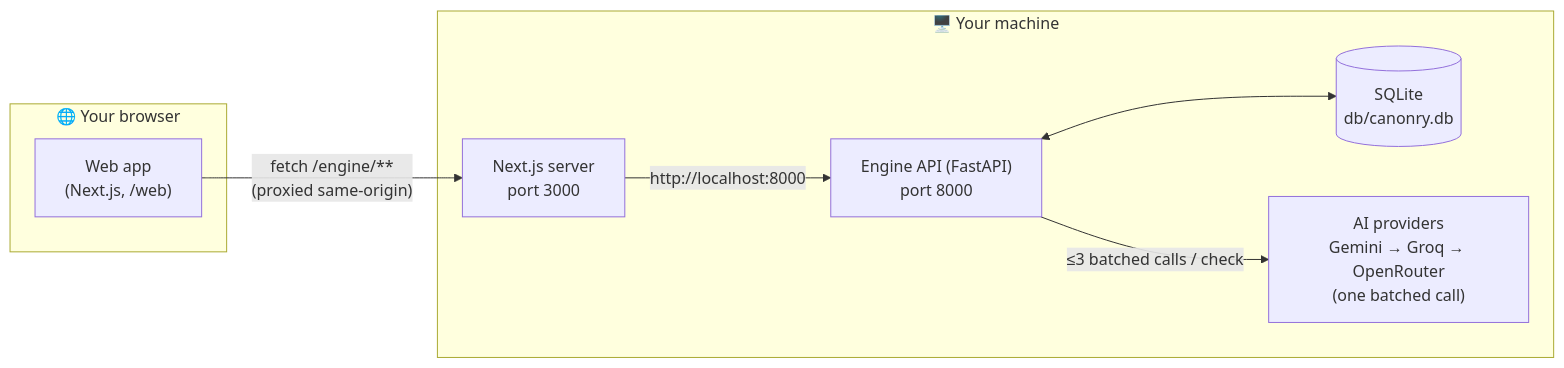
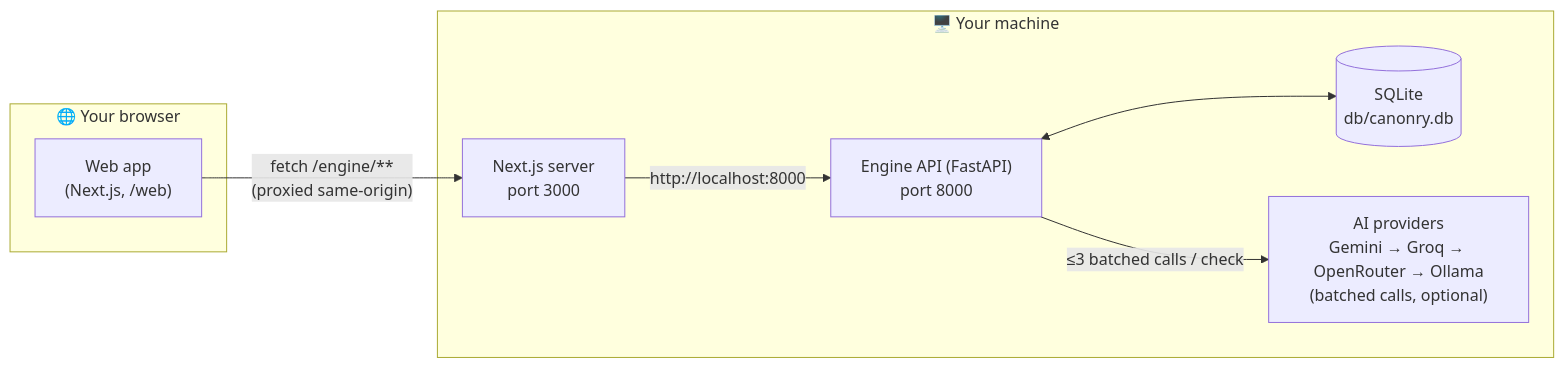
One commit to Dhruv-Puri/Canonry changed the first of 6 diagrams in docs/architecture.md. Above: the diagram before and after it, drawn with Mermaid. The commit also changed other lines of this file and 70 other files, not shown here.

````diff
--- a/docs/architecture.md
+++ b/docs/architecture.md
@@ -13,16 +13,16 @@
 ```mermaid
 flowchart LR
     subgraph Browser["🌐 Your browser"]
         UI["Web app\n(Next.js, /web)"]
     end
     subgraph Server["🖥️  Your machine"]
         WEB["Next.js server\nport 3000"]
         ENG["Engine API (FastAPI)\nport 8000"]
         DB[("SQLite\ndb/canonry.db")]
-        LLM["AI providers\nGemini → Groq → OpenRouter\n(one batched call)"]
+        LLM["AI providers\nGemini → Groq → OpenRouter → Ollama\n(batched calls, optional)"]
     end
     UI -- "fetch /engine/**\n(proxied same-origin)" --> WEB
     WEB -- "http://localhost:8000" --> ENG
     ENG <--> DB
     ENG -- "≤3 batched calls / check" --> LLM
 ```
````
